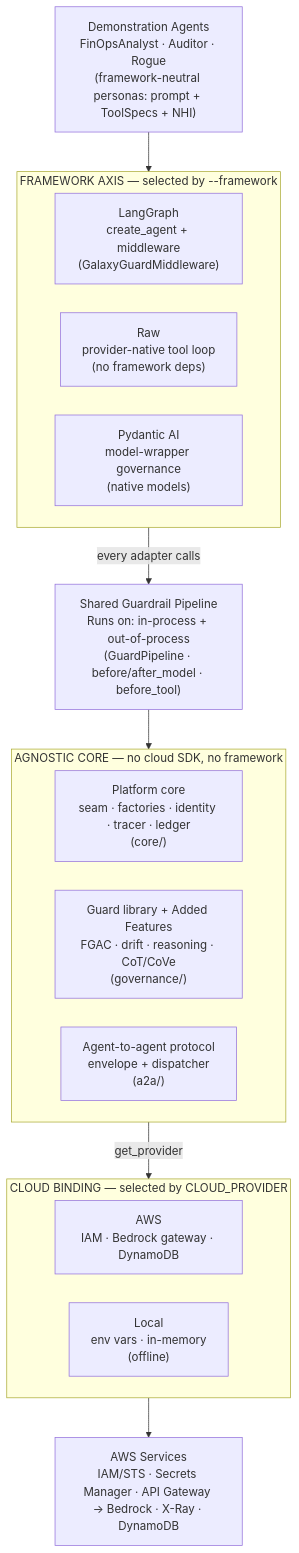
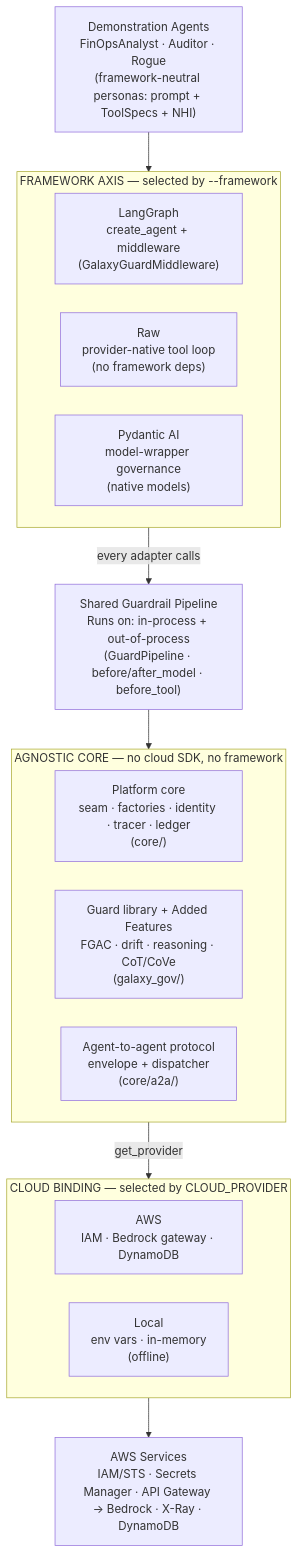
The diagram in docs/diagrams/src/framework-cloud-axes.mmd (rlpatrao/agent-gov-sec), drawn with Mermaid before and after one commit. The commit also changed 18 other files, not shown here.

```diff
--- a/docs/diagrams/src/framework-cloud-axes.mmd
+++ b/docs/diagrams/src/framework-cloud-axes.mmd
@@ -1,33 +1,33 @@
 %%{init: {"flowchart": {"nodeSpacing": 40, "rankSpacing": 55}, "themeVariables": {"fontSize": "16px"}}}%%
 flowchart TB
     P["Demonstration Agents<br/>FinOpsAnalyst · Auditor · Rogue<br/>(framework-neutral personas: prompt + ToolSpecs + NHI)"]
 
     subgraph FW["FRAMEWORK AXIS — selected by --framework"]
       direction LR
       LG["LangGraph<br/>create_agent + middleware<br/>(GalaxyGuardMiddleware)"]
       RAW["Raw<br/>provider-native tool loop<br/>(no framework deps)"]
       PYD["Pydantic AI<br/>model-wrapper governance<br/>(native models)"]
     end
 
     GP["Shared Guardrail Pipeline<br/>Runs on: in-process + out-of-process<br/>(GuardPipeline · before/after_model · before_tool)"]
 
     subgraph CORE["AGNOSTIC CORE — no cloud SDK, no framework"]
       direction LR
       C1["Platform core<br/>seam · factories · identity · tracer · ledger<br/>(core/)"]
-      C2["Guard library + Added Features<br/>FGAC · drift · reasoning · CoT/CoVe<br/>(governance/)"]
-      C3["Agent-to-agent protocol<br/>envelope + dispatcher<br/>(a2a/)"]
+      C2["Guard library + Added Features<br/>FGAC · drift · reasoning · CoT/CoVe<br/>(galaxy_gov/)"]
+      C3["Agent-to-agent protocol<br/>envelope + dispatcher<br/>(core/a2a/)"]
     end
 
     subgraph CL["CLOUD BINDING — selected by CLOUD_PROVIDER"]
       direction LR
       AW["AWS<br/>IAM · Bedrock gateway · DynamoDB"]
       LO["Local<br/>env vars · in-memory<br/>(offline)"]
     end
 
     EXT["AWS Services<br/>IAM/STS · Secrets Manager · API Gateway → Bedrock · X-Ray · DynamoDB"]
 
     P --> FW
     FW -->|every adapter calls| GP
     GP --> CORE
     CORE -->|get_provider| CL
     CL --> EXT
```
